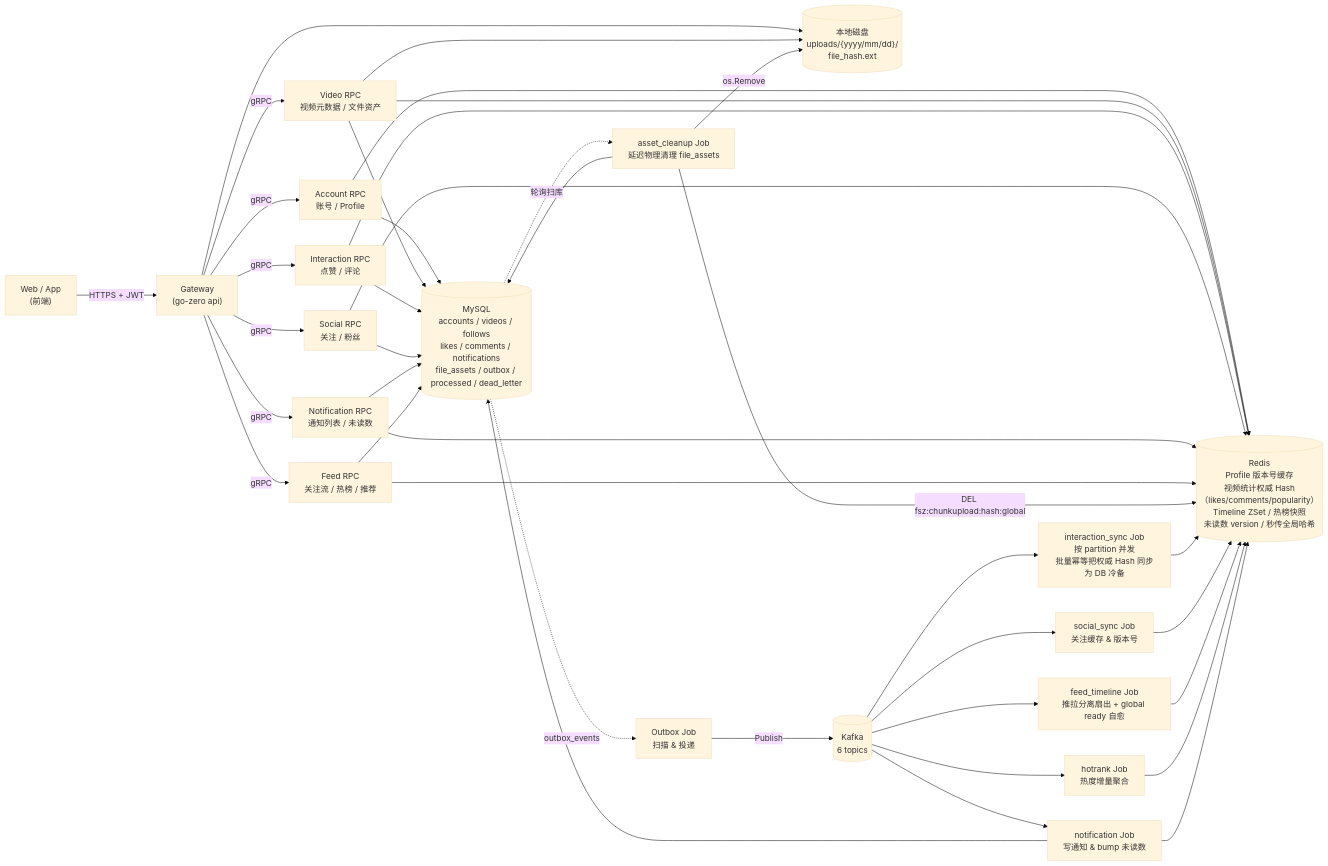
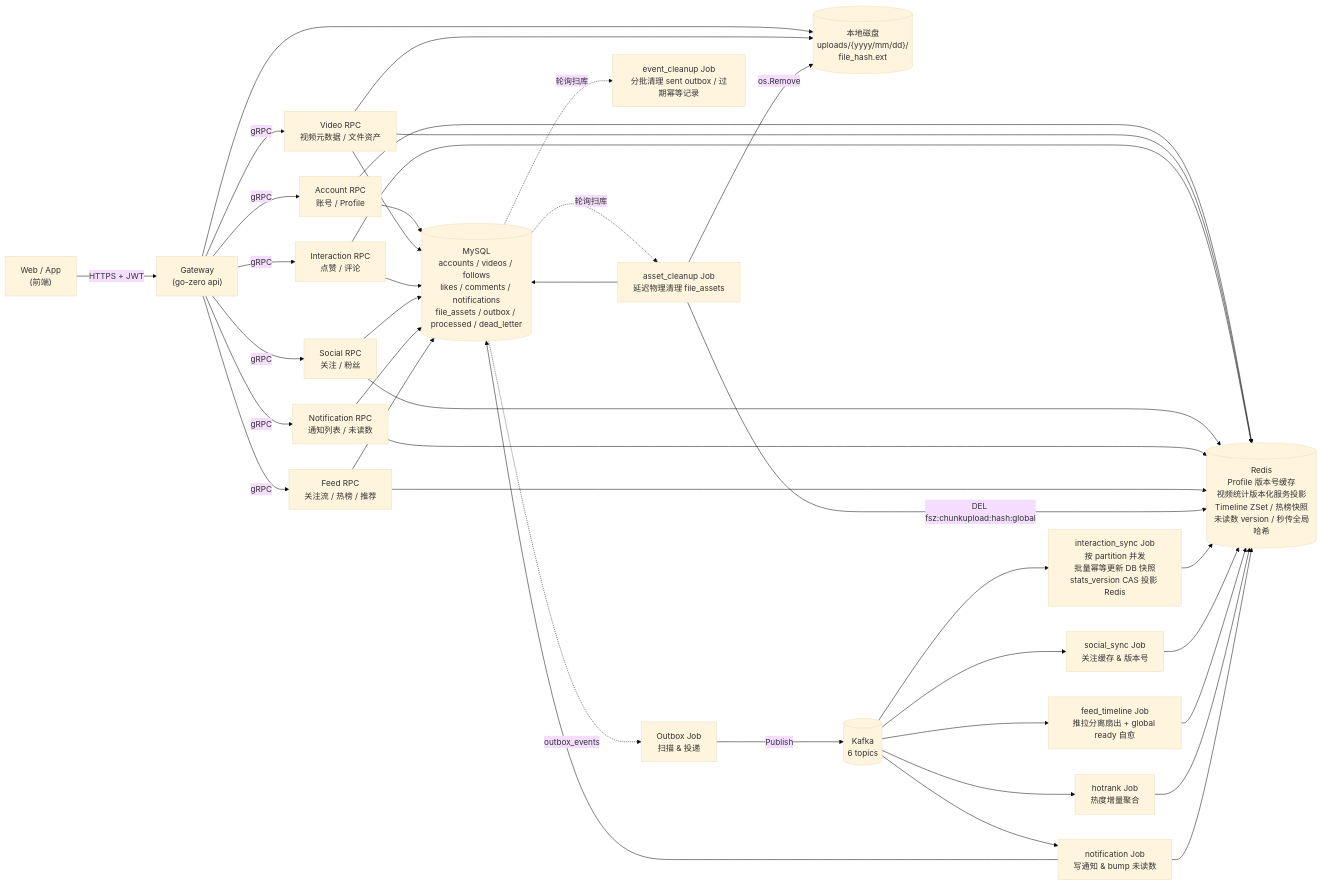
The first of 24 diagrams in docs/PROJECT_OVERVIEW.md (Redeemz473/feedsystem-zero), drawn with Mermaid (base theme) before and after one commit. The commit also changed other lines of this file and 38 other files, not shown here.

````diff
--- a/docs/PROJECT_OVERVIEW.md
+++ b/docs/PROJECT_OVERVIEW.md
@@ -61,49 +61,50 @@
 ```mermaid
 flowchart LR
     Client["Web / App<br/>(前端)"] -->|HTTPS + JWT| Gateway["Gateway<br/>(go-zero api)"]
 
     Gateway -->|gRPC| Account["Account RPC<br/>账号 / Profile"]
     Gateway -->|gRPC| Video["Video RPC<br/>视频元数据 / 文件资产"]
     Gateway -->|gRPC| Interaction["Interaction RPC<br/>点赞 / 评论"]
     Gateway -->|gRPC| Social["Social RPC<br/>关注 / 粉丝"]
     Gateway -->|gRPC| Notification["Notification RPC<br/>通知列表 / 未读数"]
     Gateway -->|gRPC| Feed["Feed RPC<br/>关注流 / 热榜 / 推荐"]
 
     Account --> MySQL[("MySQL<br/>accounts / videos / follows<br/>likes / comments / notifications<br/>file_assets / outbox / processed / dead_letter")]
     Video --> MySQL
     Interaction --> MySQL
     Social --> MySQL
     Notification --> MySQL
 
-    Account --> Redis[("Redis<br/>Profile 版本号缓存<br/>视频统计权威 Hash（likes/comments/popularity）<br/>Timeline ZSet / 热榜快照<br/>未读数 version / 秒传全局哈希")]
+    Account --> Redis[("Redis<br/>Profile 版本号缓存<br/>视频统计版本化服务投影<br/>Timeline ZSet / 热榜快照<br/>未读数 version / 秒传全局哈希")]
     Video --> Redis
     Interaction --> Redis
     Social --> Redis
     Notification --> Redis
     Feed --> Redis
     Feed --> MySQL
 
     Gateway --> Disk[("本地磁盘<br/>uploads/{yyyy/mm/dd}/<br/>file_hash.ext")]
     Video --> Disk
 
     MySQL -.outbox_events.-> Outbox["Outbox Job<br/>扫描 & 投递"]
     Outbox -->|Publish| Kafka[("Kafka<br/>6 topics")]
 
-    Kafka --> InteractionSync["interaction_sync Job<br/>按 partition 并发<br/>批量幂等把权威 Hash 同步为 DB 冷备"]
+    Kafka --> InteractionSync["interaction_sync Job<br/>按 partition 并发<br/>批量幂等更新 DB 快照<br/>stats_version CAS 投影 Redis"]
     Kafka --> SocialSync["social_sync Job<br/>关注缓存 & 版本号"]
     Kafka --> FeedTimeline["feed_timeline Job<br/>推拉分离扇出 + global ready 自愈"]
     Kafka --> HotRank["hotrank Job<br/>热度增量聚合"]
     Kafka --> NotifJob["notification Job<br/>写通知 & bump 未读数"]
 
     MySQL -.轮询扫库.-> AssetCleanup["asset_cleanup Job<br/>延迟物理清理 file_assets"]
+    MySQL -.轮询扫库.-> EventCleanup["event_cleanup Job<br/>分批清理 sent outbox / 过期幂等记录"]
     AssetCleanup -->|os.Remove| Disk
     AssetCleanup -->|DEL fsz:chunkupload:hash:global| Redis
     AssetCleanup --> MySQL
 
     InteractionSync --> Redis
     SocialSync --> Redis
     FeedTimeline --> Redis
     HotRank --> Redis
     NotifJob --> MySQL
     NotifJob --> Redis
 ```
````
